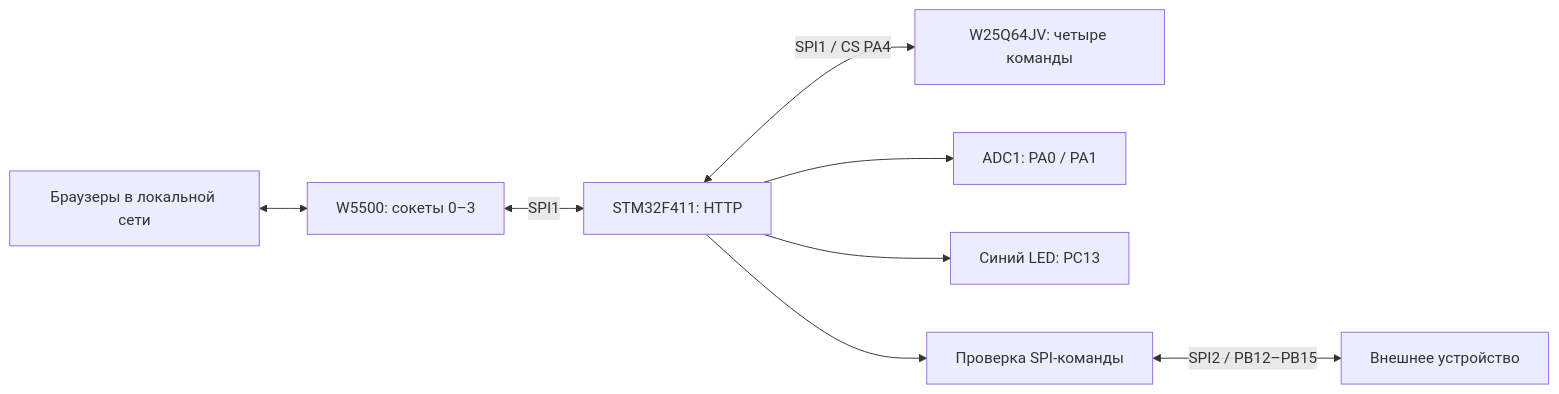
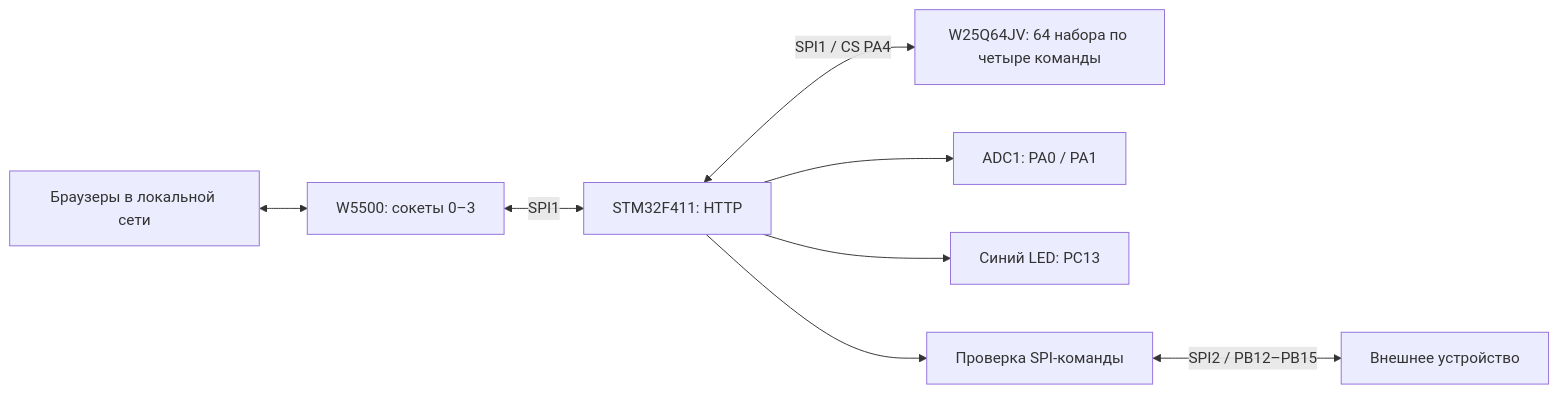
One commit to TheGreatTemplar/STM32F411-W5500 changed the diagram in documentation/ARCHITECTURE.md. Above: the diagram before and after it, drawn with Mermaid. The commit also changed other lines of this file and 18 other files, not shown here.

````diff
--- a/documentation/ARCHITECTURE.md
+++ b/documentation/ARCHITECTURE.md
@@ -3,10 +3,10 @@
 ```mermaid
 flowchart LR
     Browsers[Браузеры в локальной сети] <--> W5500[W5500: сокеты 0–3]
     W5500 <-->|SPI1| Server[STM32F411: HTTP]
-    Server <-->|SPI1 / CS PA4| Flash[W25Q64JV: четыре команды]
+    Server <-->|SPI1 / CS PA4| Flash[W25Q64JV: 64 набора по четыре команды]
     Server --> ADC[ADC1: PA0 / PA1]
     Server --> LED[Синий LED: PC13]
     Server --> Console[Проверка SPI-команды]
     Console <-->|SPI2 / PB12–PB15| Device[Внешнее устройство]
 ```
````
